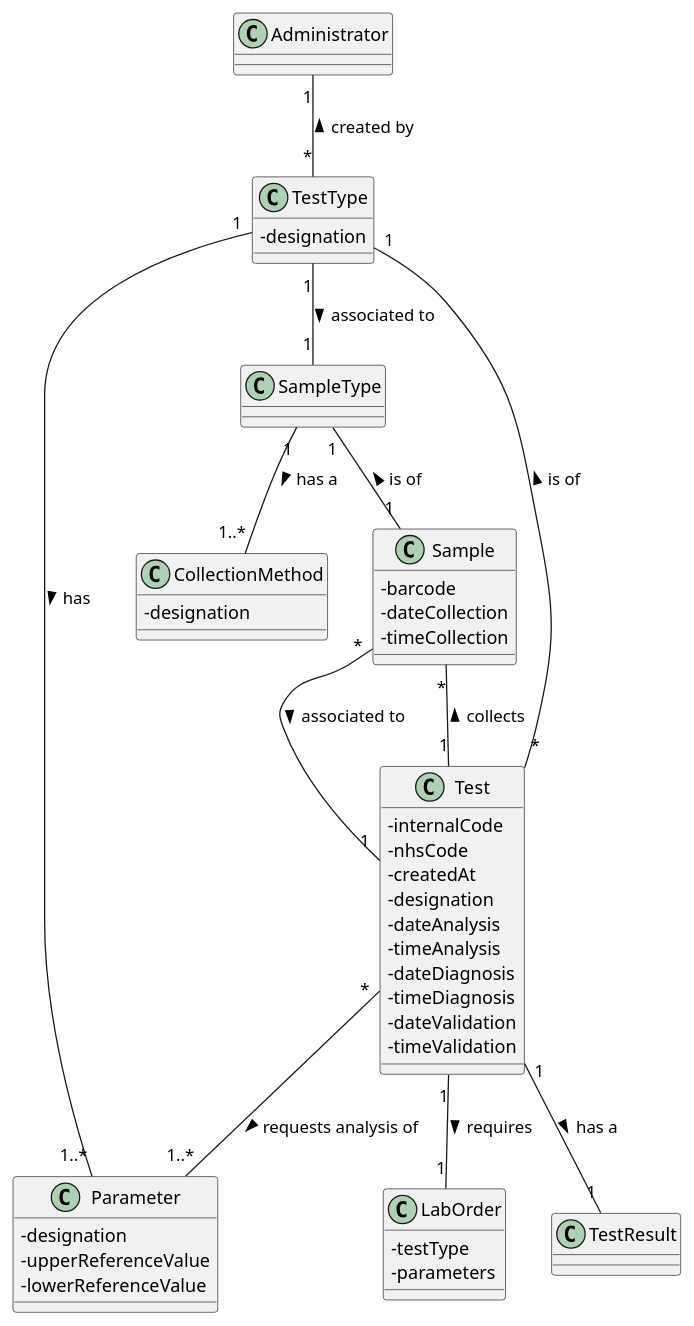
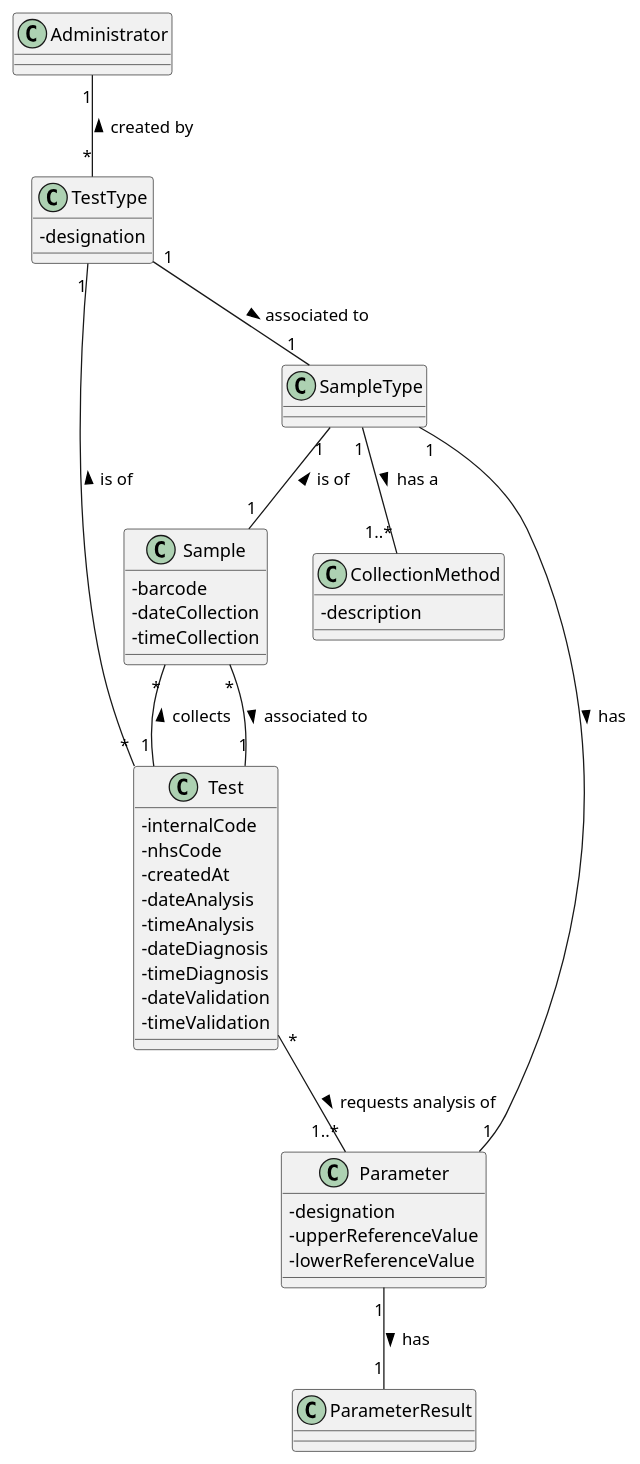
Before and after one commit to MadDinosaur/ISEP-LAPR2: the diagram in docs/SprintB/US9/US9_DM.puml, drawn with PlantUML. The commit also changed 7 other files, not shown here.

Commit message:
Continued the US9.md file. Changed the domain model and the system sequence diagram.

```diff
--- a/docs/SprintB/US9/US9_DM.puml
+++ b/docs/SprintB/US9/US9_DM.puml
@@ -1,51 +1,46 @@
 @startuml
 skinparam classAttributeIconSize 0
 
 class Administrator
 class CollectionMethod {
--designation
+-description
 }
-class LabOrder {
--testType
--parameters
-}
+
 class Test {
 -internalCode
 -nhsCode
 -createdAt
--designation
 -dateAnalysis
 -timeAnalysis
 -dateDiagnosis
 -timeDiagnosis
 -dateValidation
 -timeValidation
 }
-class TestResult
+class ParameterResult
 class TestType {
 -designation
 }
 class Sample {
 -barcode
 -dateCollection
 -timeCollection
 }
 class SampleType
 class Parameter {
 -designation
 -upperReferenceValue
 -lowerReferenceValue
 }
 
 Sample "*"--"1" Test : associated to >
 SampleType "1"--"1" Sample  : is of <
 Test "*"-down-"1..*" Parameter : requests analysis of >
-Test "1"-down-"1" LabOrder : requires >
 Test "*"-down-"1" TestType : is of >
-Test "1"-down-"1" TestResult : has a >
 Test "1"-down-"*" Sample : collects >
 TestType "*"-up-"1" Administrator : created by >
-TestType "1"-down-"1..*" Parameter : has >
 SampleType "1"--"1..*" CollectionMethod : has a >
 SampleType "1"-up-"1" TestType  : associated to <
+SampleType "1"-down-"1" Parameter : has >
+Parameter "1"-down-"1" ParameterResult : has >
 @enduml
```
